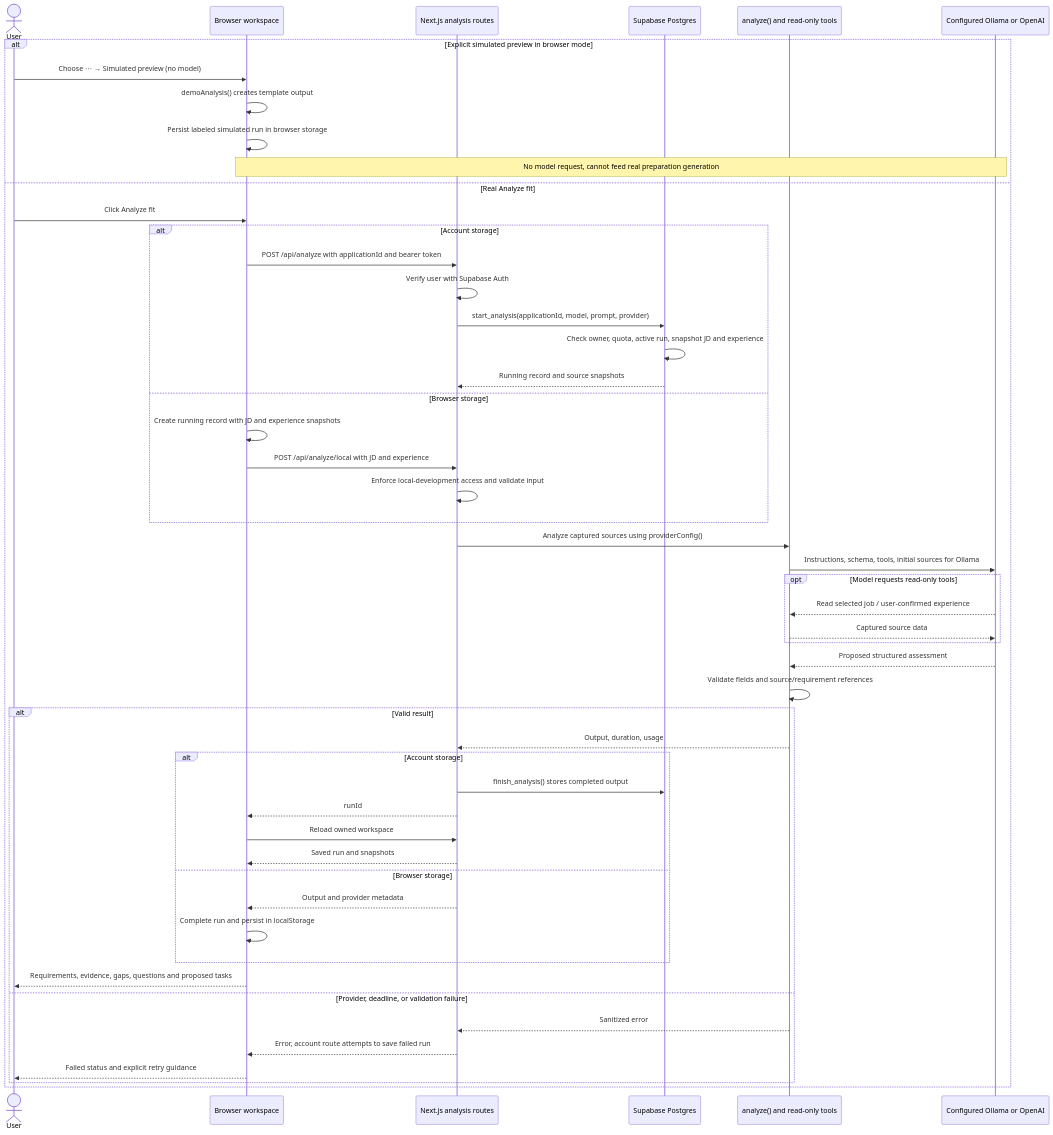
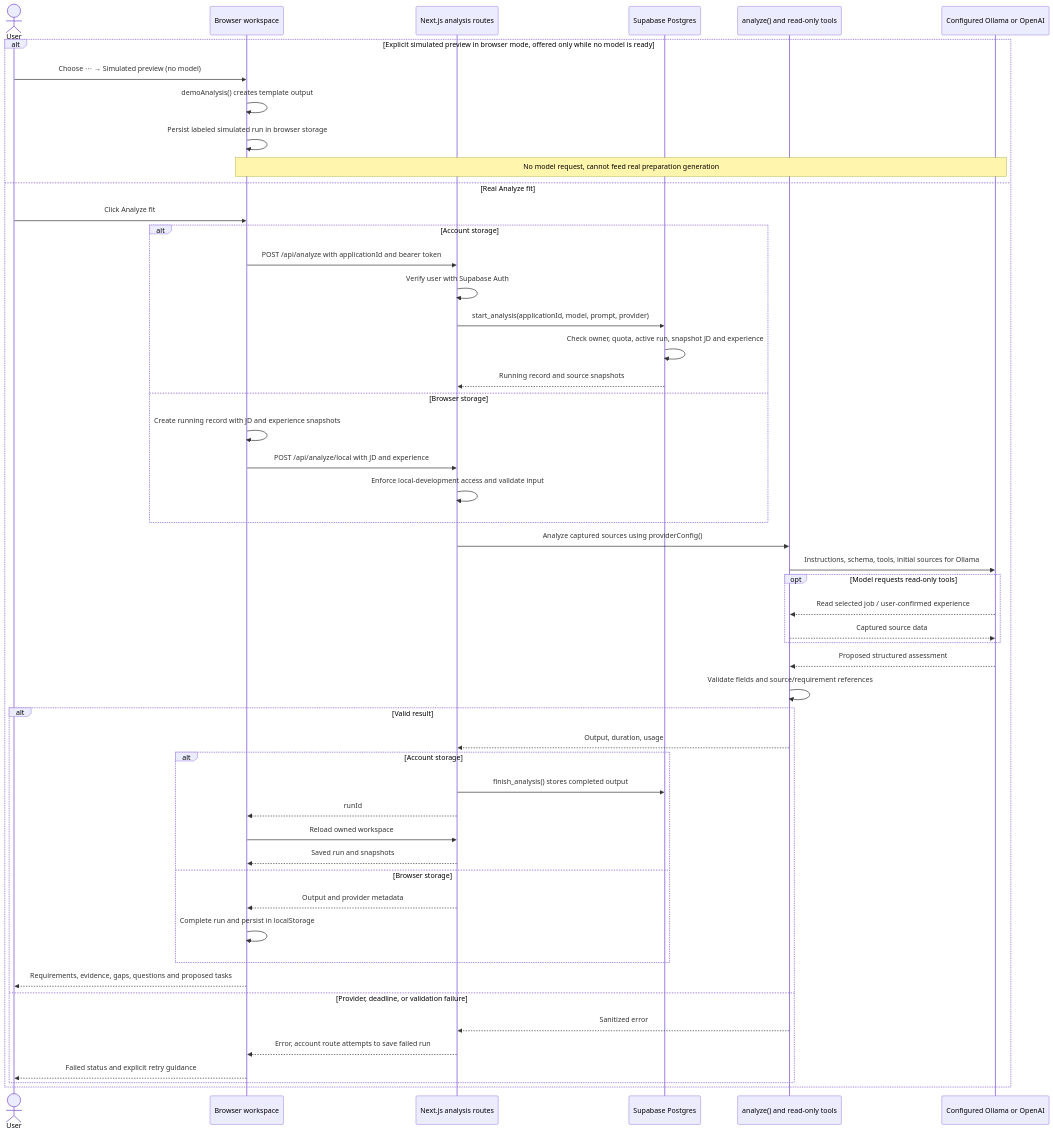
One commit to horadam/fieldwork changed the diagram in docs/architecture/fit-analysis.md. Above: the diagram before and after it, drawn with Mermaid. The commit also changed 15 other files, not shown here.

First line of the commit message:
Fix UI review findings; offer simulated preview only without a model

````diff
--- a/docs/architecture/fit-analysis.md
+++ b/docs/architecture/fit-analysis.md
@@ -12,53 +12,53 @@
 ```mermaid
 sequenceDiagram
   actor User
   participant UI as Browser workspace
   participant API as Next.js analysis routes
   participant DB as Supabase Postgres
   participant Agent as analyze() and read-only tools
   participant Model as Configured Ollama or OpenAI
-  alt Explicit simulated preview in browser mode
+  alt Explicit simulated preview in browser mode, offered only while no model is ready
     User->>UI: Choose ⋯ → Simulated preview (no model)
     UI->>UI: demoAnalysis() creates template output
     UI->>UI: Persist labeled simulated run in browser storage
     Note over UI,Model: No model request, cannot feed real preparation generation
   else Real Analyze fit
     User->>UI: Click Analyze fit
     alt Account storage
       UI->>API: POST /api/analyze with applicationId and bearer token
       API->>API: Verify user with Supabase Auth
       API->>DB: start_analysis(applicationId, model, prompt, provider)
       DB->>DB: Check owner, quota, active run, snapshot JD and experience
       DB-->>API: Running record and source snapshots
     else Browser storage
       UI->>UI: Create running record with JD and experience snapshots
       UI->>API: POST /api/analyze/local with JD and experience
       API->>API: Enforce local-development access and validate input
     end
     API->>Agent: Analyze captured sources using providerConfig()
     Agent->>Model: Instructions, schema, tools, initial sources for Ollama
     opt Model requests read-only tools
       Model-->>Agent: Read selected job / user-confirmed experience
       Agent-->>Model: Captured source data
     end
     Model-->>Agent: Proposed structured assessment
     Agent->>Agent: Validate fields and source/requirement references
     alt Valid result
       Agent-->>API: Output, duration, usage
       alt Account storage
         API->>DB: finish_analysis() stores completed output
         API-->>UI: runId
         UI->>API: Reload owned workspace
         API-->>UI: Saved run and snapshots
       else Browser storage
         API-->>UI: Output and provider metadata
         UI->>UI: Complete run and persist in localStorage
       end
       UI-->>User: Requirements, evidence, gaps, questions and proposed tasks
     else Provider, deadline, or validation failure
       Agent-->>API: Sanitized error
       API-->>UI: Error, account route attempts to save failed run
       UI-->>User: Failed status and explicit retry guidance
     end
   end
 ```
````
